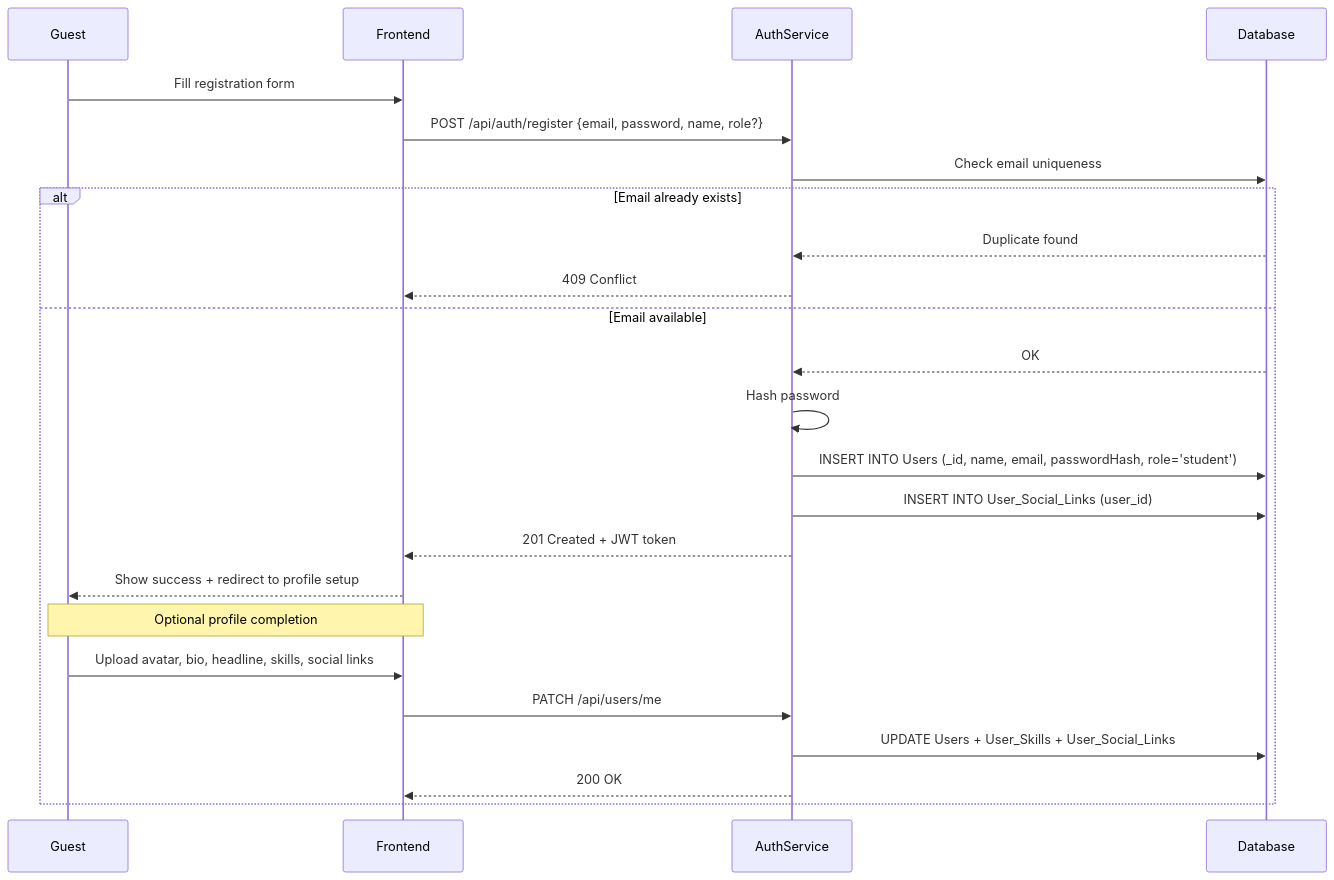
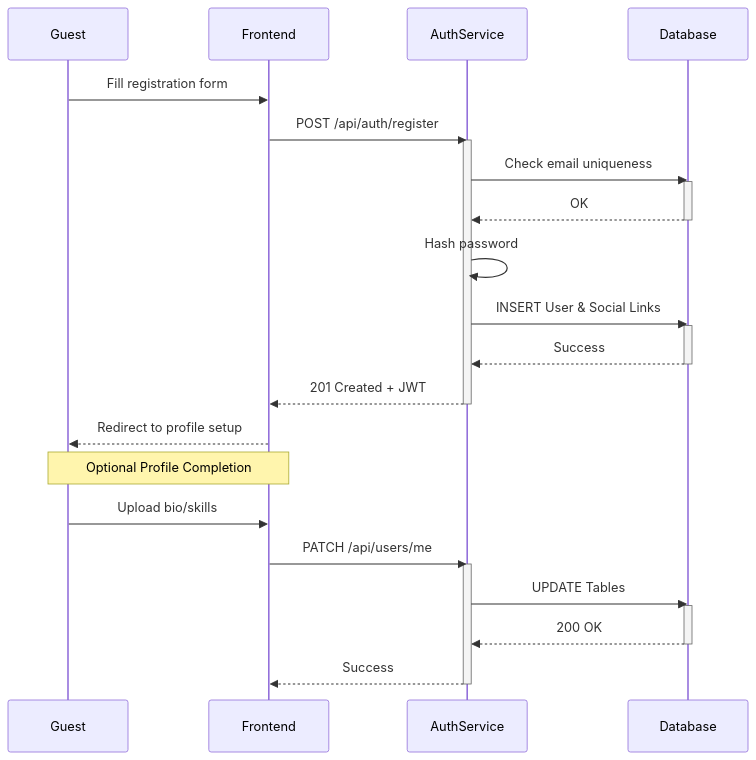
One commit to maruf-pfc/build-to-learn changed the first of 6 diagrams in docs/sequence-diagrams.md. Above: the diagram before and after it, drawn with Mermaid. The commit also changed other lines of this file, not shown here.

First line of the commit message:
Refactor sequence diagrams for online learning platform

````diff
--- a/docs/sequence-diagrams.md
+++ b/docs/sequence-diagrams.md
@@ -7,28 +9,38 @@
 ```mermaid
 sequenceDiagram
     participant Guest
-    participant Frontend
-    participant AuthService
-    participant Database
+    participant FE as Frontend
+    participant Auth as AuthService
+    participant DB as Database
 
-    Guest->>Frontend: Fill registration form
-    Frontend->>AuthService: POST /api/auth/register {email, password, name, role?}
-    AuthService->>Database: Check email uniqueness
-    alt Email already exists
-        Database-->>AuthService: Duplicate found
-        AuthService-->>Frontend: 409 Conflict
-    else Email available
-        Database-->>AuthService: OK
-        AuthService->>AuthService: Hash password
-        AuthService->>Database: INSERT INTO Users (_id, name, email, passwordHash, role='student')
-        AuthService->>Database: INSERT INTO User_Social_Links (user_id)
-        AuthService-->>Frontend: 201 Created + JWT token
-        Frontend-->>Guest: Show success + redirect to profile setup
+    Guest->>FE: Fill registration form
+    FE->>Auth: POST /api/auth/register
+    activate Auth
+    Auth->>DB: Check email uniqueness
+    activate DB
+    DB-->>Auth: OK
+    deactivate DB
+    
+    Auth->>Auth: Hash password
+    
+    Auth->>DB: INSERT User & Social Links
+    activate DB
+    DB-->>Auth: Success
+    deactivate DB
+    
+    Auth-->>FE: 201 Created + JWT
+    deactivate Auth
+    FE-->>Guest: Redirect to profile setup
 
-        Note over Frontend,Guest: Optional profile completion
-        Guest->>Frontend: Upload avatar, bio, headline, skills, social links
-        Frontend->>AuthService: PATCH /api/users/me
-        AuthService->>Database: UPDATE Users + User_Skills + User_Social_Links
-        AuthService-->>Frontend: 200 OK
-    end
+    Note over Guest, FE: Optional Profile Completion
+    Guest->>FE: Upload bio/skills
+    FE->>Auth: PATCH /api/users/me
+    activate Auth
+    Auth->>DB: UPDATE Tables
+    activate DB
+    DB-->>Auth: 200 OK
+    deactivate DB
+    Auth-->>FE: Success
+    deactivate Auth
+
 ```
````
